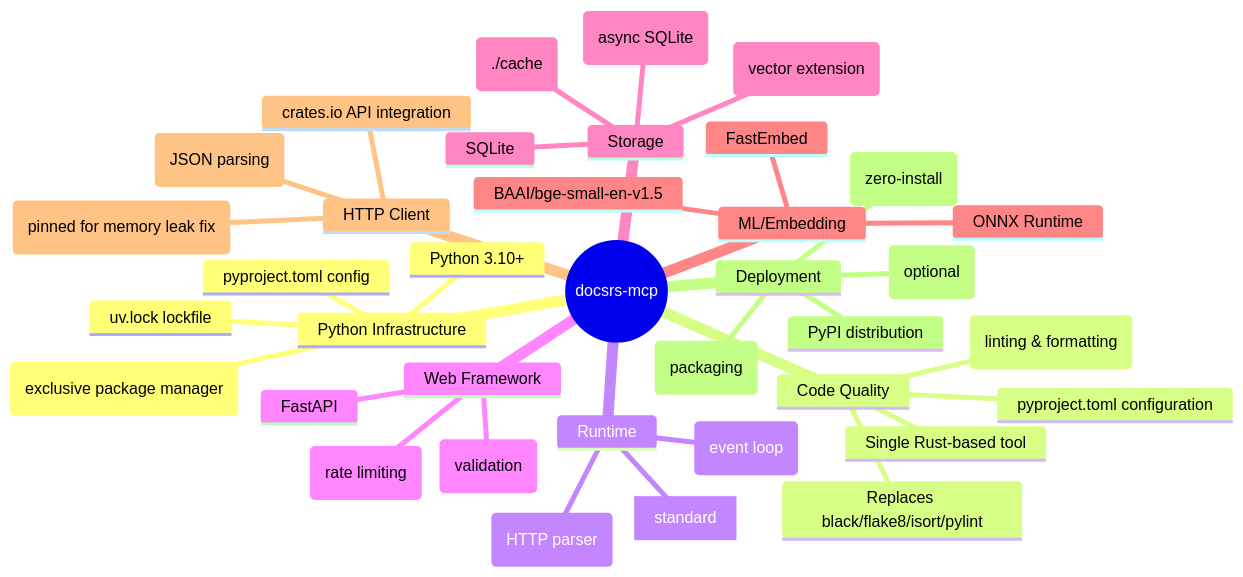
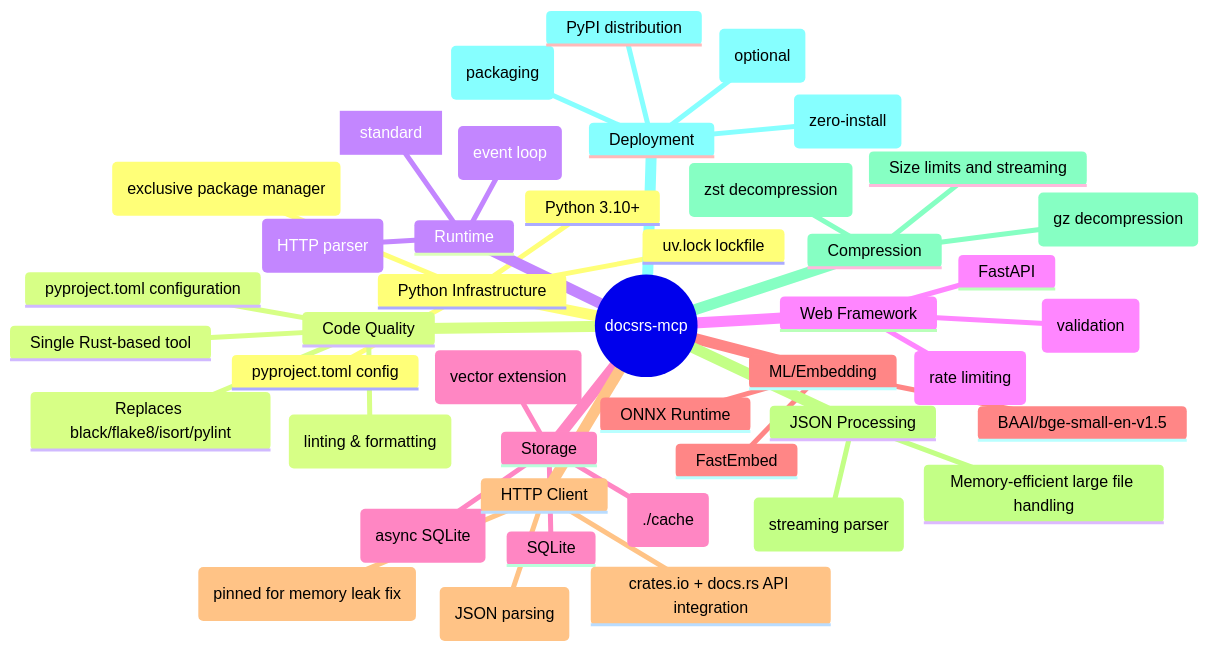
One commit to RimoVR/docsrs-mcp changed the sixth of 9 diagrams in Architecture.md. Above: the diagram before and after it, drawn with Mermaid. The commit also changed other lines of this file and 22 other files, not shown here.

````diff
--- a/Architecture.md
+++ b/Architecture.md
@@ -174,47 +180,56 @@
 ```mermaid
 mindmap
   root((docsrs-mcp))
     Python Infrastructure
       uv (exclusive package manager)
       Python 3.10+
       pyproject.toml config
       uv.lock lockfile
       
     Code Quality
       Ruff (linting & formatting)
       Replaces black/flake8/isort/pylint
       Single Rust-based tool
       pyproject.toml configuration
       
     Runtime
       uvicorn[standard]
       uvloop (event loop)
       httptools (HTTP parser)
     
     Web Framework
       FastAPI
       Pydantic (validation)
       slowapi (rate limiting)
       
     Storage
       SQLite
       sqlite-vec (vector extension)
       aiosqlite (async SQLite)
       File-based cache (./cache)
       
     ML/Embedding
       FastEmbed
       ONNX Runtime
       BAAI/bge-small-en-v1.5
       
     HTTP Client
       aiohttp 3.9.5 (pinned for memory leak fix)
       orjson (JSON parsing)
-      crates.io API integration
+      crates.io + docs.rs API integration
+      
+    JSON Processing
+      ijson (streaming parser)
+      Memory-efficient large file handling
+      
+    Compression
+      zstandard (zst decompression)
+      gzip (gz decompression)
+      Size limits and streaming
       
     Deployment
       uvx (zero-install)
       uv build (packaging)
       Docker (optional)
       PyPI distribution
 ```
````
